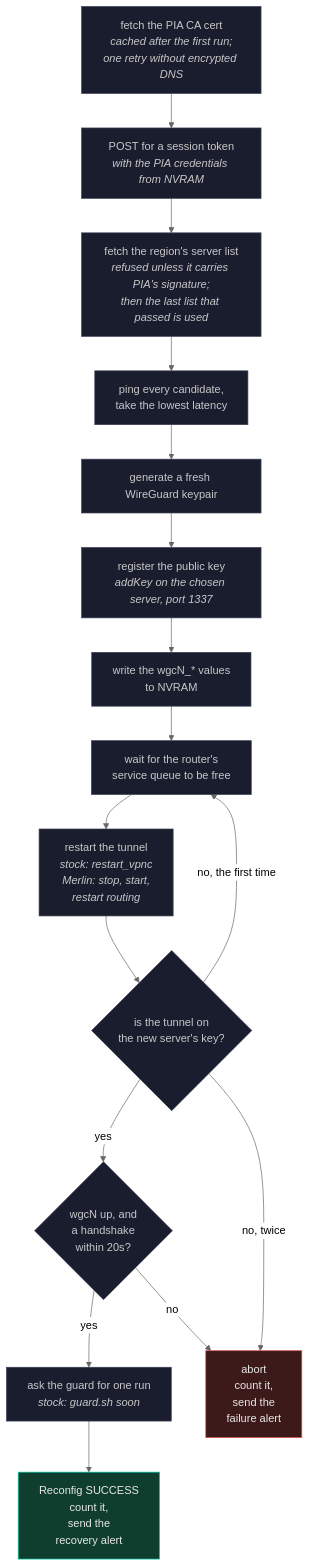
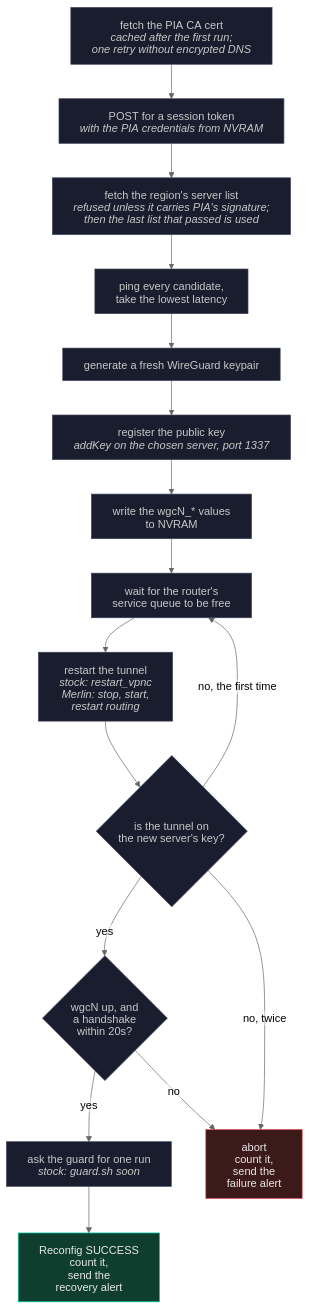
Diagram 12 of 13 in ARCHITECTURE.md (ExponentiallyDigital/cfg-pia-wg), drawn with Mermaid (neutral theme) before and after one commit. The commit also changed other lines of this file and 5 other files, not shown here.

Commit message:
v0.8.188 build 558 - Mermaid labels drawn as SVG text so they aren't clipped on Android, and README test figures updated

````diff
--- a/ARCHITECTURE.md
+++ b/ARCHITECTURE.md
@@ -1649,28 +1671,39 @@
 ```mermaid
+%%{init: {"htmlLabels": false, "flowchart": {"wrappingWidth": 400}}}%%
 flowchart TD
-    A["fetch the PIA CA cert<br/><i>cached after the first run;</i><br/><i>one retry without encrypted DNS</i>"] --> B
-    B["POST for a session token<br/><i>with the PIA credentials from NVRAM</i>"] --> C
-    C["fetch the region's server list<br/><i>refused unless it carries PIA's signature;</i><br/><i>then the last list that passed is used</i>"] --> D
+    A["`fetch the PIA CA cert
+*cached after the first run;*
+*one retry without encrypted DNS*`"] --> B
+    B["`POST for a session token
+*with the PIA credentials from NVRAM*`"] --> C
+    C["`fetch the region's server list
+*refused unless it carries PIA's signature;*
+*then the last list that passed is used*`"] --> D
     D["ping every candidate,<br/>take the lowest latency"] --> E
     E["generate a fresh WireGuard keypair"] --> F
-    F["register the public key<br/><i>addKey on the chosen server, port 1337</i>"] --> G
+    F["`register the public key
+*addKey on the chosen server, port 1337*`"] --> G
     G["write the wgcN_* values<br/>to NVRAM"] --> W
     W["wait for the router's<br/>service queue to be free"] --> H
-    H["restart the tunnel<br/><i>stock: restart_vpnc</i><br/><i>Merlin: stop, start,</i><br/><i>restart routing</i>"] --> T
+    H["`restart the tunnel
+*stock: restart_vpnc*
+*Merlin: stop, start,*
+*restart routing*`"] --> T
     T{"is the tunnel on<br/>the new server's key?"}
     T -->|"no, the first time"| W
     T -->|yes| K
     K{"wgcN up, and<br/>a handshake<br/>within 20s?"}
-    K -->|yes| GS["ask the guard for one run<br/><i>stock: guard.sh soon</i>"]
+    K -->|yes| GS["`ask the guard for one run
+*stock: guard.sh soon*`"]
     GS --> OK["Reconfig SUCCESS<br/>count it,<br/>send the<br/>recovery alert"]
     K -->|no| FAIL["abort<br/>count it,<br/>send the<br/>failure alert"]
     T -->|"no, twice"| FAIL
 
     classDef go fill:#0F3D2E,stroke:#00D4AA,color:#E8E8E8
     classDef bad fill:#3D1A1A,stroke:#E05252,color:#E8E8E8
     classDef work fill:#3D2E0F,stroke:#E0A800,color:#E8E8E8
     classDef step fill:#1A1D2E,stroke:#3A3F55,color:#C8C8C8
     class OK go
     class FAIL bad
     class A,B,C,D,E,F,G,W,H,T,K,GS step
 ```
````
